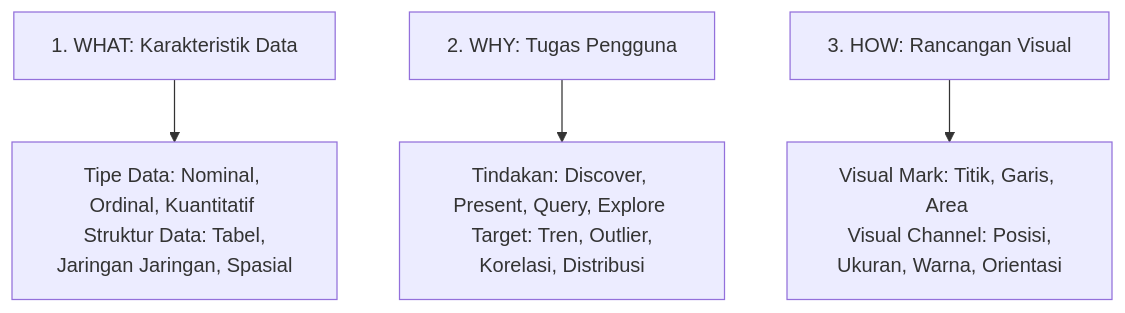
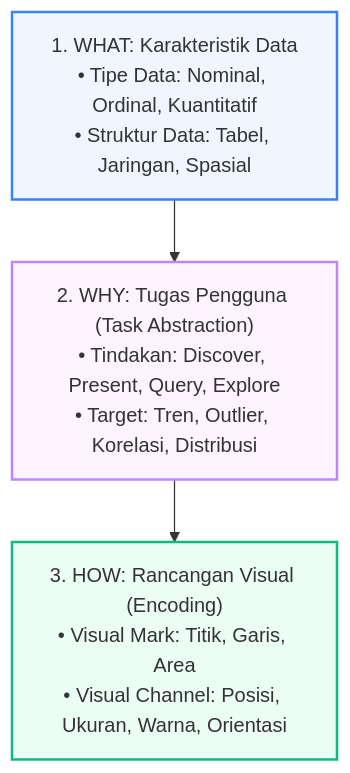
One commit to mahendaruui/Perkuliahan changed the diagram in docs/visualisasi-data/03-prinsip-tufte-munzner.md. Above: the diagram before and after it, drawn with Mermaid. The commit also changed other lines of this file and 7 other files, not shown here.

Commit message:
refactor: update visual assets and Mermaid diagrams with standardized styling and formatting across course documentation

````diff
--- a/docs/visualisasi-data/03-prinsip-tufte-munzner.md
+++ b/docs/visualisasi-data/03-prinsip-tufte-munzner.md
@@ -48,6 +55,9 @@
 ```mermaid
-graph TD
-    A[1. WHAT: Karakteristik Data] --> B[Tipe Data: Nominal, Ordinal, Kuantitatif <br> Struktur Data: Tabel, Jaringan Jaringan, Spasial]
-    C[2. WHY: Tugas Pengguna] --> D[Tindakan: Discover, Present, Query, Explore <br> Target: Tren, Outlier, Korelasi, Distribusi]
-    E[3. HOW: Rancangan Visual] --> F[Visual Mark: Titik, Garis, Area <br> Visual Channel: Posisi, Ukuran, Warna, Orientasi]
+flowchart TD
+    A["1. WHAT: Karakteristik Data<br>• Tipe Data: Nominal, Ordinal, Kuantitatif<br>• Struktur Data: Tabel, Jaringan, Spasial"] --> B["2. WHY: Tugas Pengguna (Task Abstraction)<br>• Tindakan: Discover, Present, Query, Explore<br>• Target: Tren, Outlier, Korelasi, Distribusi"]
+    B --> C["3. HOW: Rancangan Visual (Encoding)<br>• Visual Mark: Titik, Garis, Area<br>• Visual Channel: Posisi, Ukuran, Warna, Orientasi"]
+
+    style A fill:#eff6ff,stroke:#3b82f6,stroke-width:2px
+    style B fill:#fdf4ff,stroke:#c084fc,stroke-width:2px
+    style C fill:#ecfdf5,stroke:#10b981,stroke-width:2px
 ```
````
